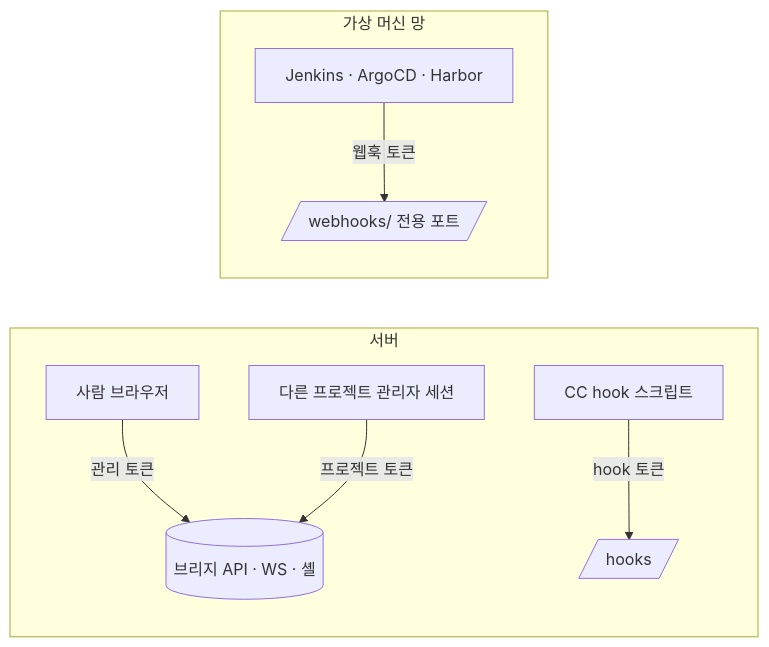
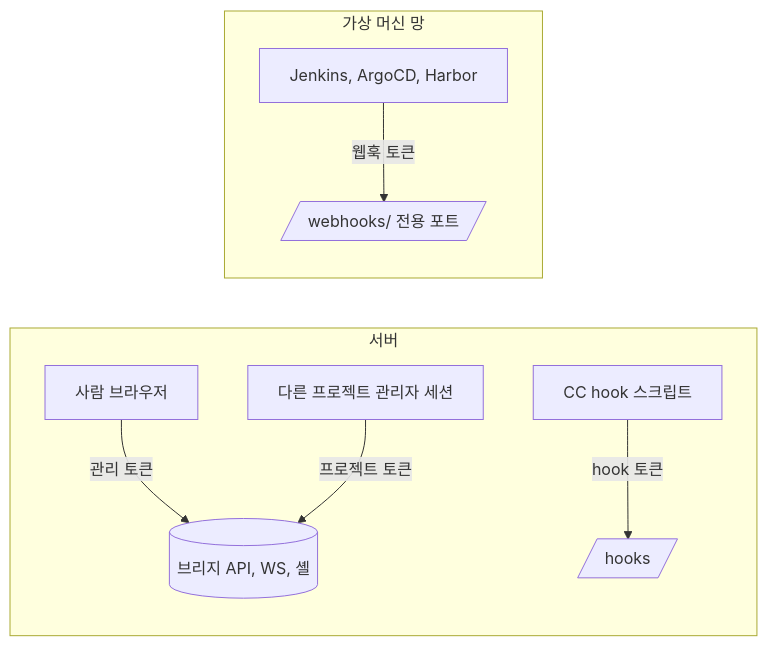
One commit to Gabriel-Joo/foreman changed the diagram in notion/05_roles/03_keys.md. Above: the diagram before and after it, drawn with Mermaid. The commit also changed other lines of this file, not shown here.

````diff
--- a/notion/05_roles/03_keys.md
+++ b/notion/05_roles/03_keys.md
@@ -21,11 +21,11 @@
 ```mermaid
 flowchart LR
   subgraph 서버
-    B[사람 브라우저] -- 관리 토큰 --> API[(브리지 API · WS · 셸)]
+    B[사람 브라우저] -- 관리 토큰 --> API[(브리지 API, WS, 셸)]
     M[다른 프로젝트 관리자 세션] -- 프로젝트 토큰 --> API
     H[CC hook 스크립트] -- hook 토큰 --> HK[/hooks/]
   end
   subgraph 가상 머신 망
-    J[Jenkins · ArgoCD · Harbor] -- 웹훅 토큰 --> WH[/webhooks/ 전용 포트/]
+    J[Jenkins, ArgoCD, Harbor] -- 웹훅 토큰 --> WH[/webhooks/ 전용 포트/]
   end
 ```
````
